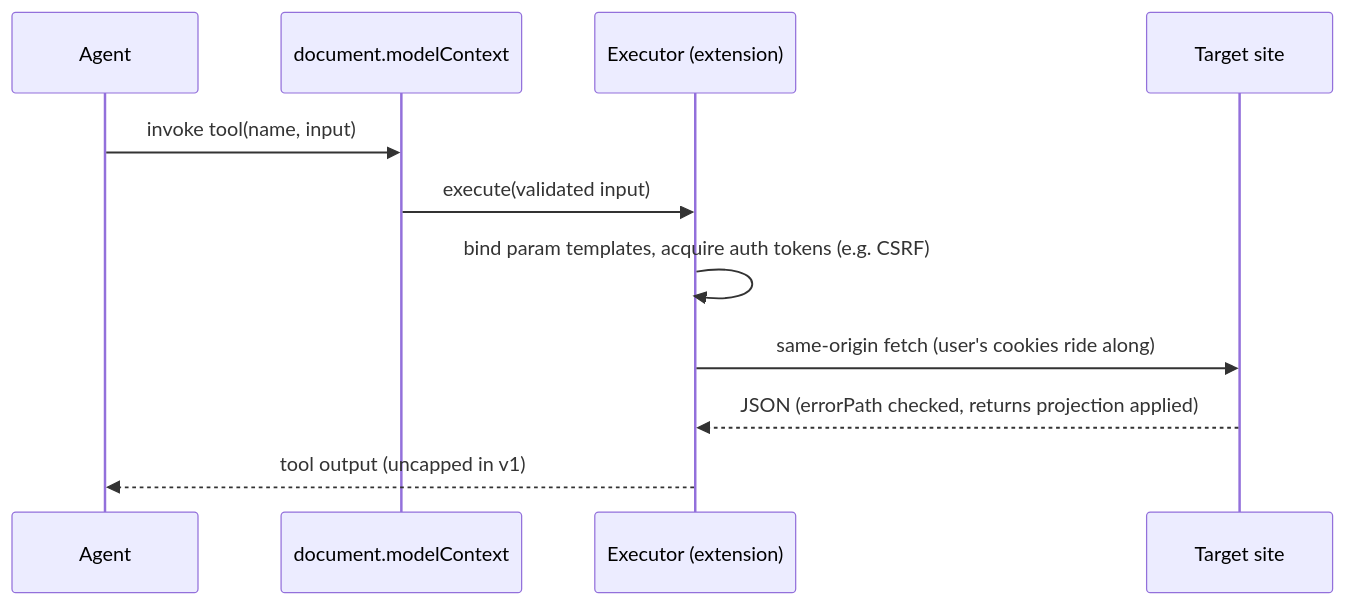
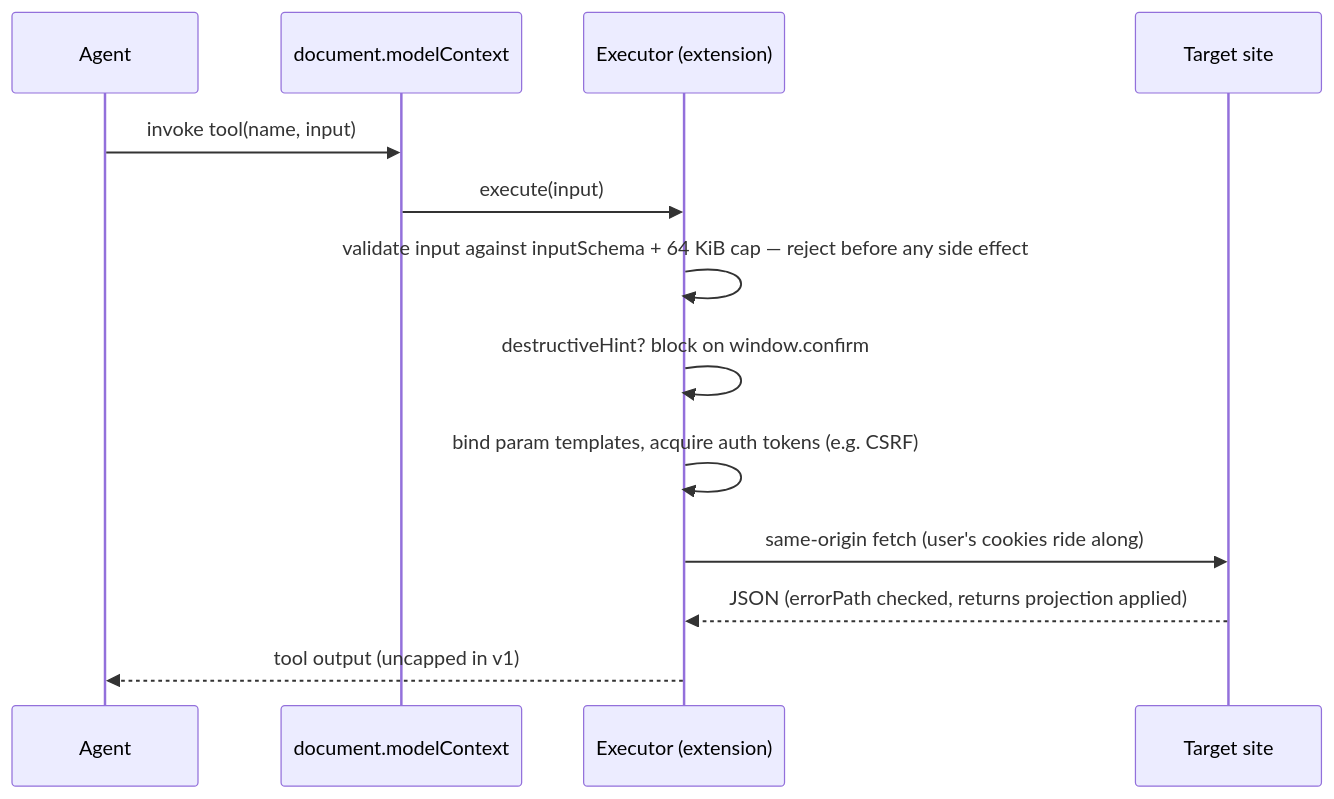
One commit to robertn702/webmcp-today changed the fourth of 5 diagrams in ARCHITECTURE.md. Above: the diagram before and after it, drawn with Mermaid. The commit also changed other lines of this file and 12 other files, not shown here.

````diff
--- a/ARCHITECTURE.md
+++ b/ARCHITECTURE.md
@@ -156,14 +156,16 @@
 ```mermaid
 sequenceDiagram
     participant A as Agent
     participant MC as document.modelContext
     participant EX as Executor (extension)
     participant S as Target site
 
     A->>MC: invoke tool(name, input)
-    MC->>EX: execute(validated input)
+    MC->>EX: execute(input)
+    EX->>EX: validate input against inputSchema + 64 KiB cap — reject before any side effect
+    EX->>EX: destructiveHint? block on window.confirm
     EX->>EX: bind param templates, acquire auth tokens (e.g. CSRF)
     EX->>S: same-origin fetch (user's cookies ride along)
     S-->>EX: JSON (errorPath checked, returns projection applied)
     EX-->>A: tool output (uncapped in v1)
 ```
````
